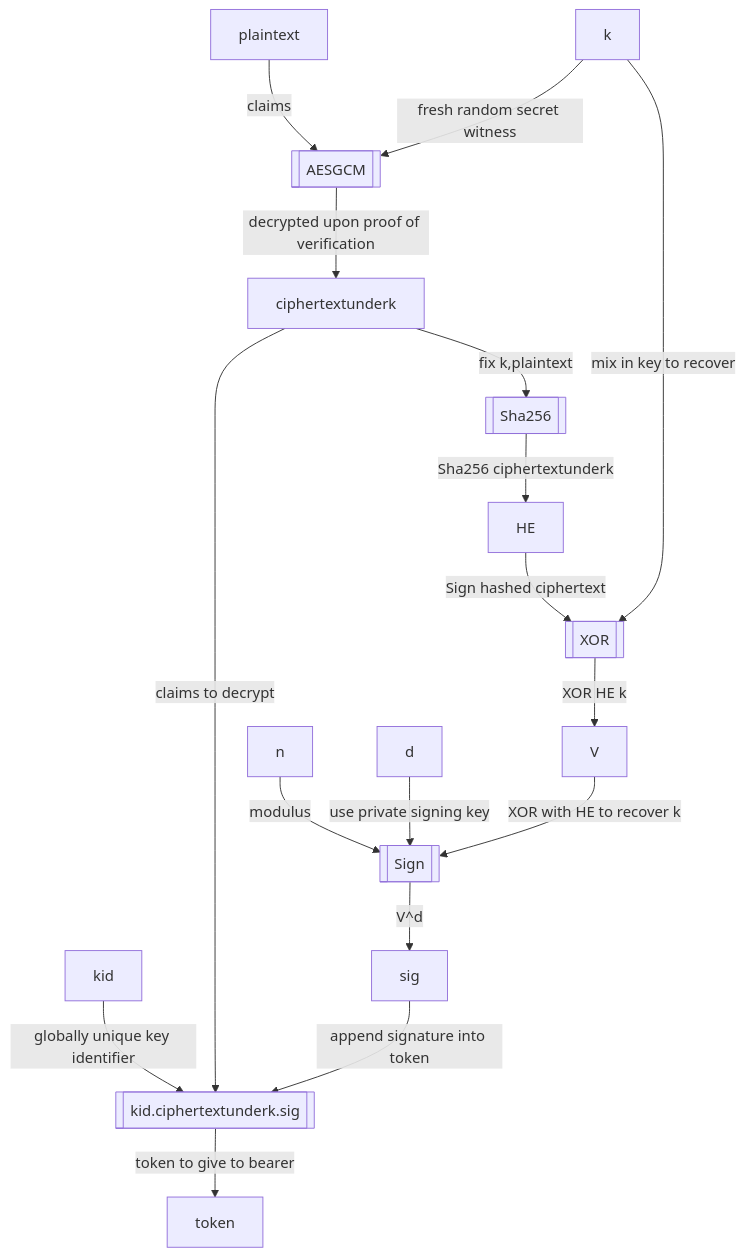
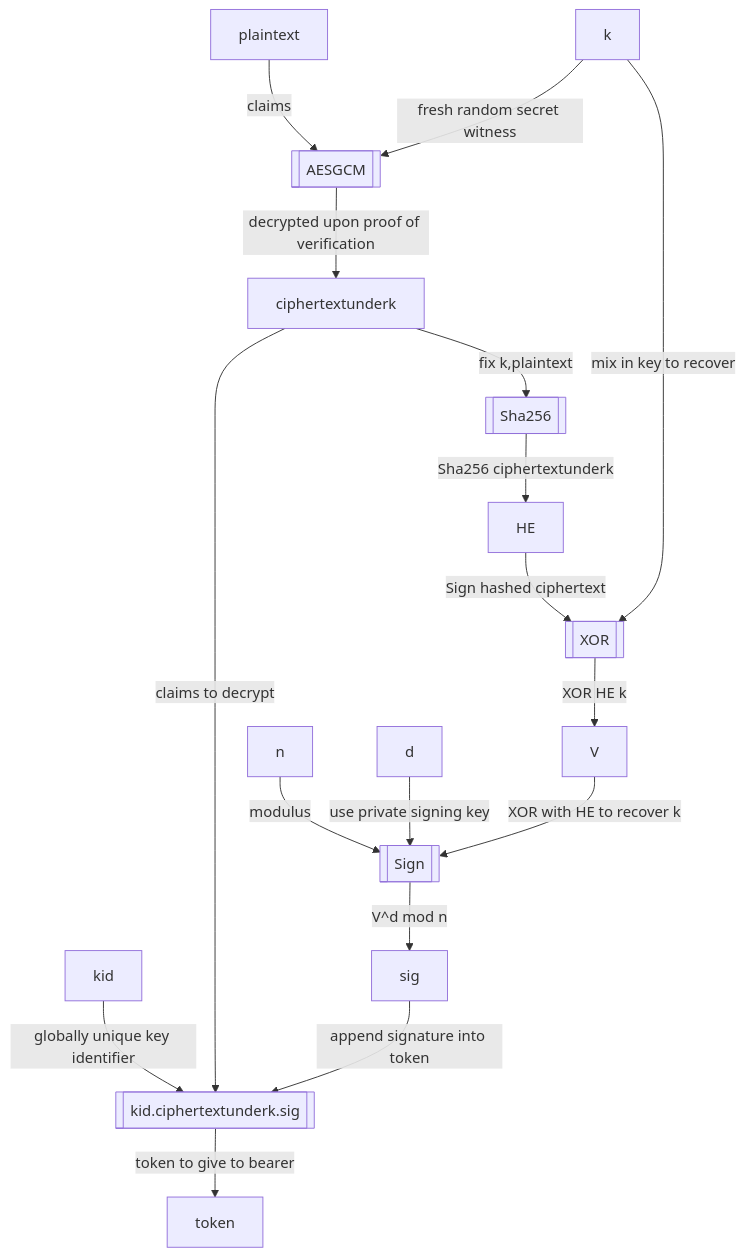
The third of 4 diagrams in README.md (rfielding/whiskeyTango), drawn with Mermaid before and after one commit. The commit also changed other lines of this file, not shown here.

````diff
--- a/README.md
+++ b/README.md
@@ -187,24 +187,24 @@
 ```mermaid
 flowchart TB
   AESGCM[[AESGCM]]
   APPENDB64WithDots[[kid.ciphertextunderk.sig]]
   plaintext-- claims -->AESGCM
   k-- fresh random secret witness -->AESGCM
   AESGCM-- decrypted upon proof of verification -->ciphertextunderk
   kid-- globally unique key identifier -->APPENDB64WithDots
   ciphertextunderk-- claims to decrypt -->APPENDB64WithDots
   APPENDB64WithDots-- token to give to bearer -->token
   Sha256[[Sha256]]
   ciphertextunderk-- fix k,plaintext -->Sha256
   XOR[[XOR]]
   Sign[[Sign]]
   n-- modulus -->Sign
   d-- use private signing key -->Sign
   Sha256-- Sha256 ciphertextunderk -->HE
   HE-- Sign hashed ciphertext  -->XOR
   k-- mix in key to recover -->XOR
   XOR-- XOR HE k -->V
   V-- XOR with HE to recover k -->Sign
-  Sign-- V^d -->sig
+  Sign-- V^d mod n -->sig
   sig-- append signature into token -->APPENDB64WithDots
 ```
````
